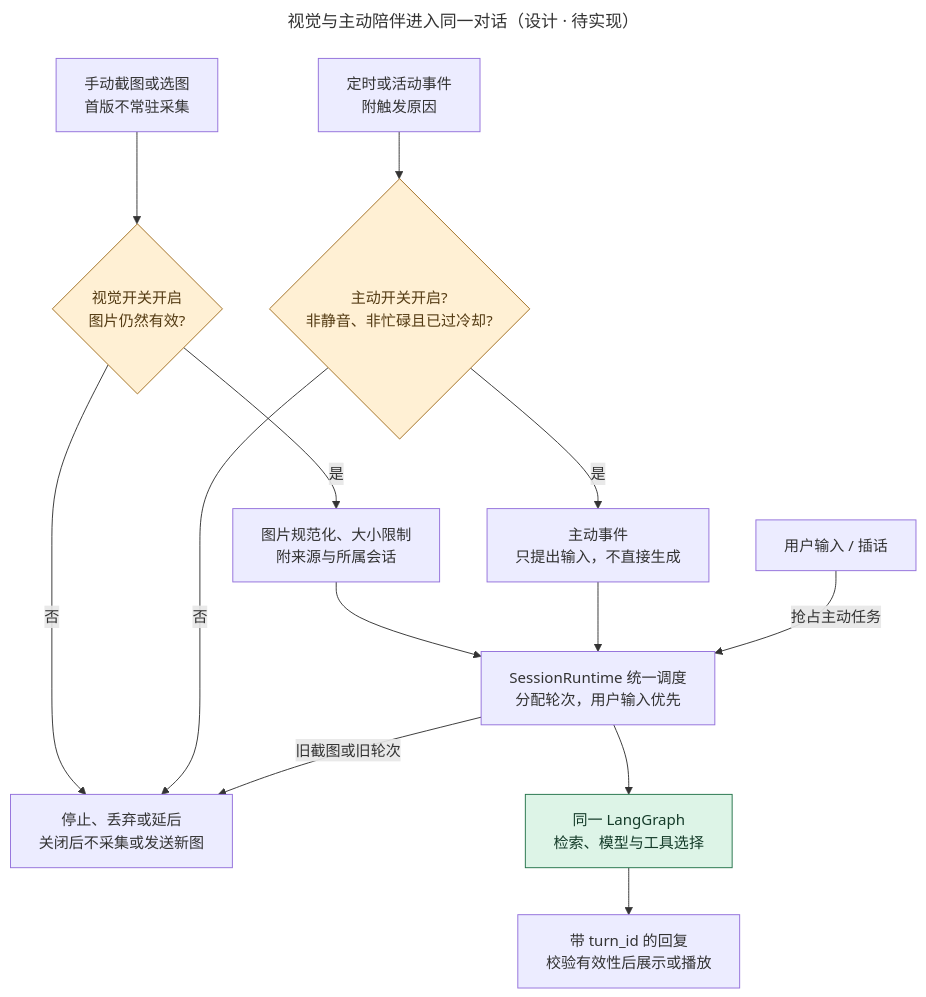
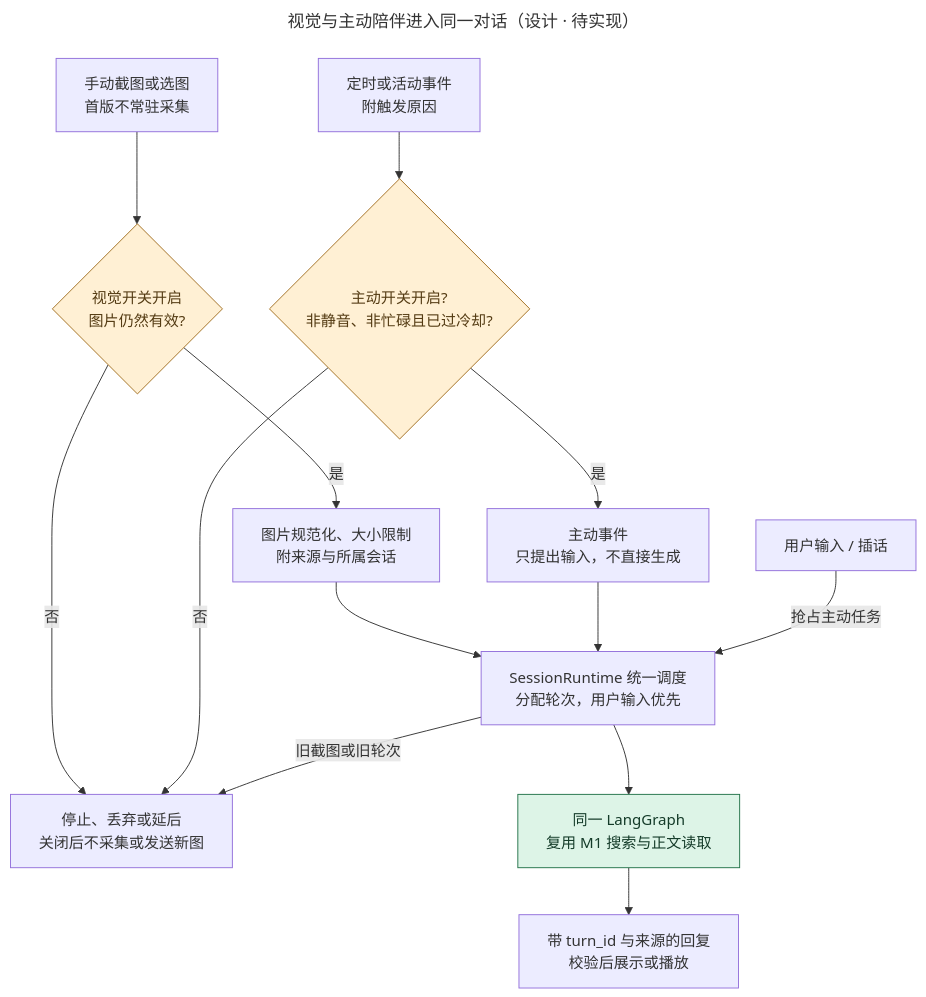
One commit to FrigidCrow/ai-neko changed the diagram in docs/diagrams/src/14-vision-proactive.mmd. Above: the diagram before and after it, drawn with Mermaid. The commit also changed 30 other files, not shown here.

```diff
--- a/docs/diagrams/src/14-vision-proactive.mmd
+++ b/docs/diagrams/src/14-vision-proactive.mmd
@@ -1,20 +1,20 @@
 ---
 title: 视觉与主动陪伴进入同一对话（设计 · 待实现）
 ---
 flowchart TD
     V["手动截图或选图<br/>首版不常驻采集"] --> W{"视觉开关开启<br/>图片仍然有效?"}
     W -->|是| N["图片规范化、大小限制<br/>附来源与所属会话"]
     P["定时或活动事件<br/>附触发原因"] --> Q{"主动开关开启?<br/>非静音、非忙碌且已过冷却?"}
     Q -->|是| E["主动事件<br/>只提出输入，不直接生成"]
     W -->|否| X["停止、丢弃或延后<br/>关闭后不采集或发送新图"]
     Q -->|否| X
     N --> R["SessionRuntime 统一调度<br/>分配轮次，用户输入优先"]
     E --> R
     U["用户输入 / 插话"] -->|抢占主动任务| R
-    R --> G["同一 LangGraph<br/>检索、模型与工具选择"]
-    G --> O["带 turn_id 的回复<br/>校验有效性后展示或播放"]
+    R --> G["同一 LangGraph<br/>复用 M1 搜索与正文读取"]
+    G --> O["带 turn_id 与来源的回复<br/>校验后展示或播放"]
     R -->|旧截图或旧轮次| X
     classDef gate fill:#FFF0D4,stroke:#A06D1F,color:#543B13;
     classDef decisionModule fill:#DDF4E7,stroke:#24734A,color:#143B29;
     class W,Q gate;
     class G decisionModule;
```
